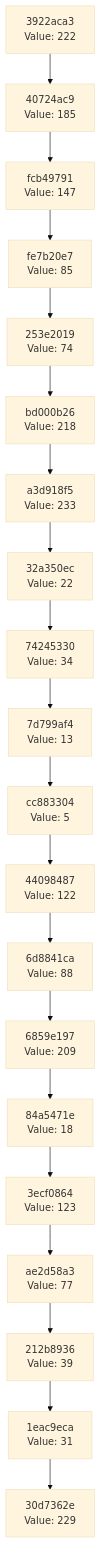
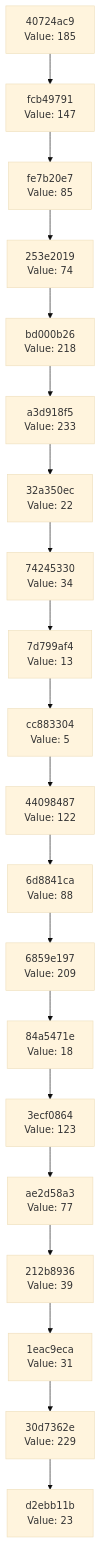
The diagram in docs/CHAIN_VISUALIZATION.md (Abhisheksinha1506/hash-chain-evolver), drawn with Mermaid (base theme) before and after one commit. The commit also changed 1 other file, not shown here.

Commit message:
Evolution step: hash 0x17 → action executed

````diff
--- a/docs/CHAIN_VISUALIZATION.md
+++ b/docs/CHAIN_VISUALIZATION.md
@@ -3,42 +3,42 @@
 ```mermaid
 graph TD
-    C0["30d7362e<br/>Value: 229"]
-    C1["1eac9eca<br/>Value: 31"]
+    C0["d2ebb11b<br/>Value: 23"]
+    C1["30d7362e<br/>Value: 229"]
     C1 --> C0
-    C2["212b8936<br/>Value: 39"]
+    C2["1eac9eca<br/>Value: 31"]
     C2 --> C1
-    C3["ae2d58a3<br/>Value: 77"]
+    C3["212b8936<br/>Value: 39"]
     C3 --> C2
-    C4["3ecf0864<br/>Value: 123"]
+    C4["ae2d58a3<br/>Value: 77"]
     C4 --> C3
-    C5["84a5471e<br/>Value: 18"]
+    C5["3ecf0864<br/>Value: 123"]
     C5 --> C4
-    C6["6859e197<br/>Value: 209"]
+    C6["84a5471e<br/>Value: 18"]
     C6 --> C5
-    C7["6d8841ca<br/>Value: 88"]
+    C7["6859e197<br/>Value: 209"]
     C7 --> C6
-    C8["44098487<br/>Value: 122"]
+    C8["6d8841ca<br/>Value: 88"]
     C8 --> C7
-    C9["cc883304<br/>Value: 5"]
+    C9["44098487<br/>Value: 122"]
     C9 --> C8
-    C10["7d799af4<br/>Value: 13"]
+    C10["cc883304<br/>Value: 5"]
     C10 --> C9
-    C11["74245330<br/>Value: 34"]
+    C11["7d799af4<br/>Value: 13"]
     C11 --> C10
-    C12["32a350ec<br/>Value: 22"]
+    C12["74245330<br/>Value: 34"]
     C12 --> C11
-    C13["a3d918f5<br/>Value: 233"]
+    C13["32a350ec<br/>Value: 22"]
     C13 --> C12
-    C14["bd000b26<br/>Value: 218"]
+    C14["a3d918f5<br/>Value: 233"]
     C14 --> C13
-    C15["253e2019<br/>Value: 74"]
+    C15["bd000b26<br/>Value: 218"]
     C15 --> C14
-    C16["fe7b20e7<br/>Value: 85"]
+    C16["253e2019<br/>Value: 74"]
     C16 --> C15
-    C17["fcb49791<br/>Value: 147"]
+    C17["fe7b20e7<br/>Value: 85"]
     C17 --> C16
-    C18["40724ac9<br/>Value: 185"]
+    C18["fcb49791<br/>Value: 147"]
     C18 --> C17
-    C19["3922aca3<br/>Value: 222"]
+    C19["40724ac9<br/>Value: 185"]
     C19 --> C18
 ```
````
